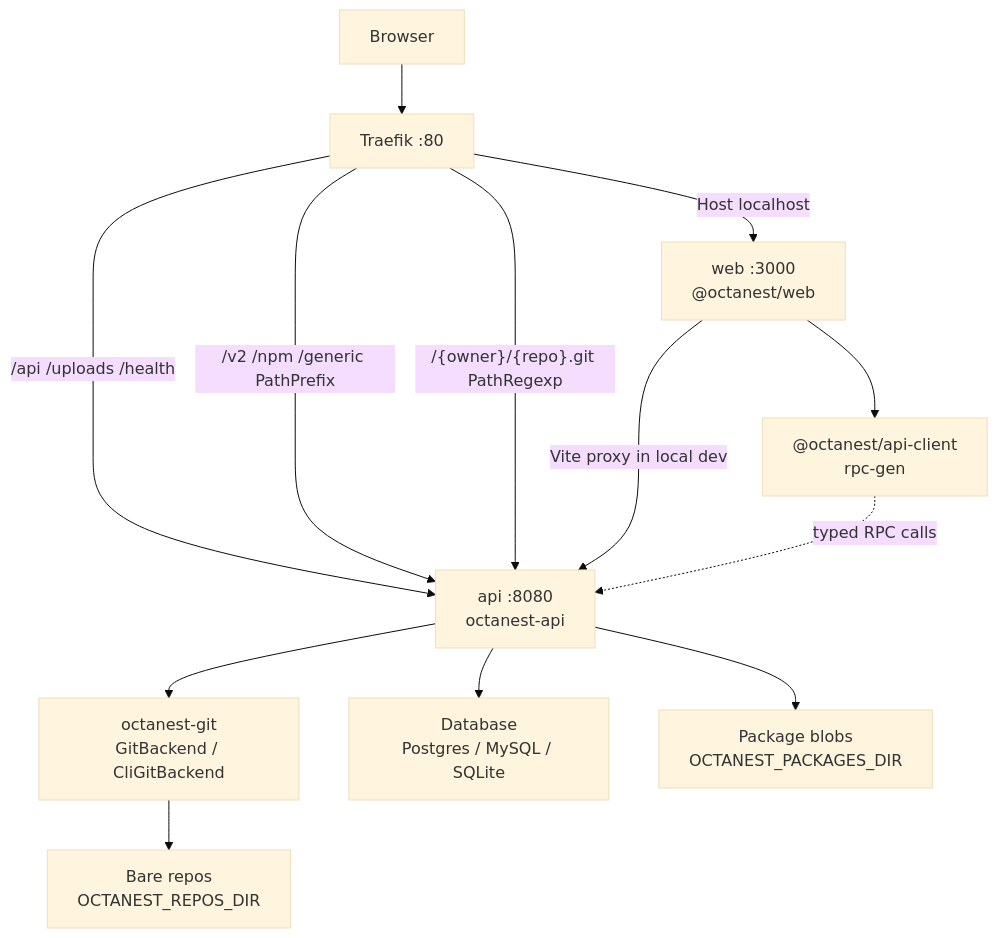
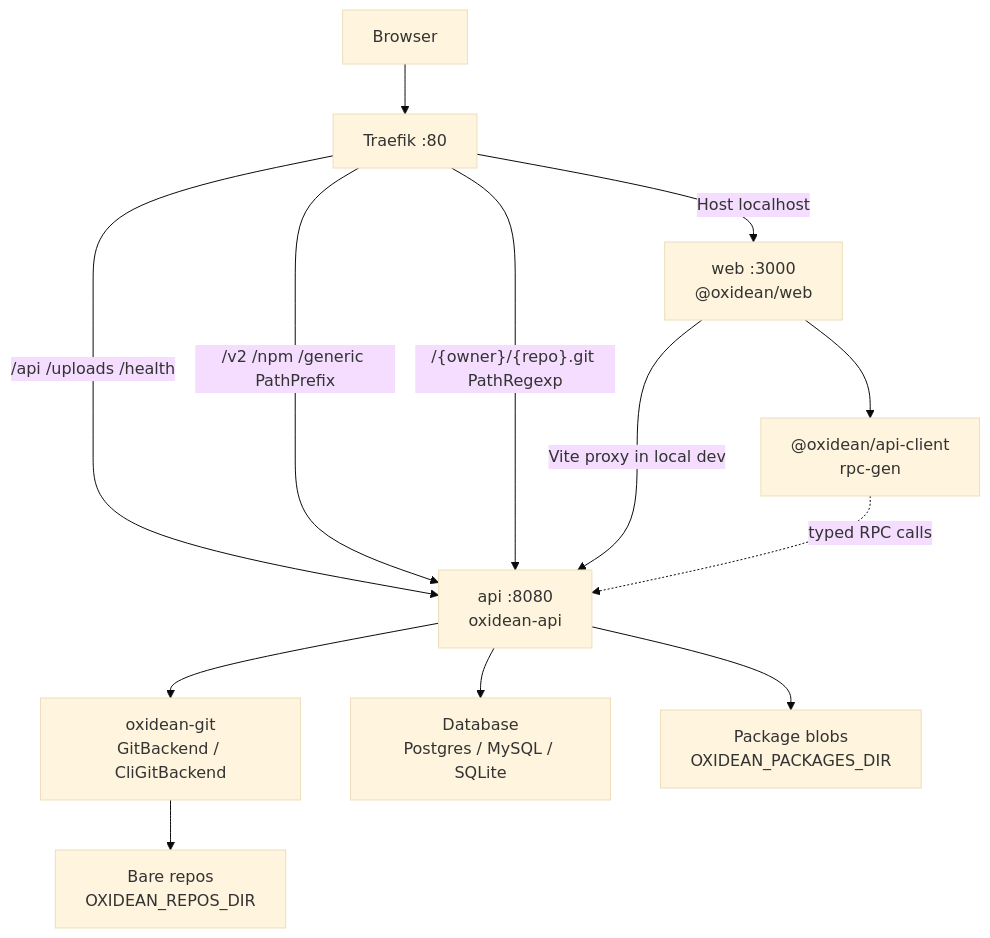
The diagram in docs/ARCHITECTURE.md (Octanest-Git/Octanest), drawn with Mermaid (base theme) before and after one commit. The commit also changed other lines of this file and 1970 other files, not shown here.

First line of the commit message:
refactor!: rename project Octanest → Oxidean (#46)

````diff
--- a/docs/ARCHITECTURE.md
+++ b/docs/ARCHITECTURE.md
@@ -10,24 +10,24 @@
 ```mermaid
 graph TD
   Browser["Browser"]
   Traefik["Traefik :80"]
-  Web["web :3000<br/>@octanest/web"]
-  Api["api :8080<br/>octanest-api"]
-  Git["octanest-git<br/>GitBackend / CliGitBackend"]
-  Repos["Bare repos<br/>OCTANEST_REPOS_DIR"]
+  Web["web :3000<br/>@oxidean/web"]
+  Api["api :8080<br/>oxidean-api"]
+  Git["oxidean-git<br/>GitBackend / CliGitBackend"]
+  Repos["Bare repos<br/>OXIDEAN_REPOS_DIR"]
   Db["Database<br/>Postgres / MySQL / SQLite"]
-  Client["@octanest/api-client<br/>rpc-gen"]
+  Client["@oxidean/api-client<br/>rpc-gen"]
 
   Browser --> Traefik
   Traefik -->|"Host localhost"| Web
   Traefik -->|"/api /uploads /health"| Api
   Traefik -->|"/v2 /npm /generic PathPrefix"| Api
   Traefik -->|"/{owner}/{repo}.git PathRegexp"| Api
   Web -->|"Vite proxy in local dev"| Api
   Client -.->|"typed RPC calls"| Api
   Web --> Client
   Api --> Db
   Api --> Git
   Git --> Repos
-  Api --> Packages["Package blobs<br/>OCTANEST_PACKAGES_DIR"]
+  Api --> Packages["Package blobs<br/>OXIDEAN_PACKAGES_DIR"]
 ```
````
